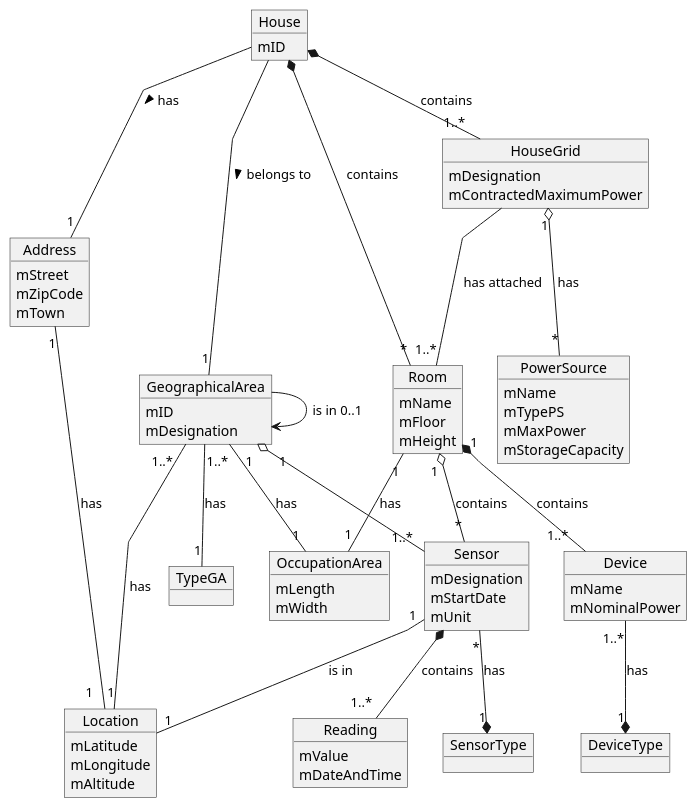
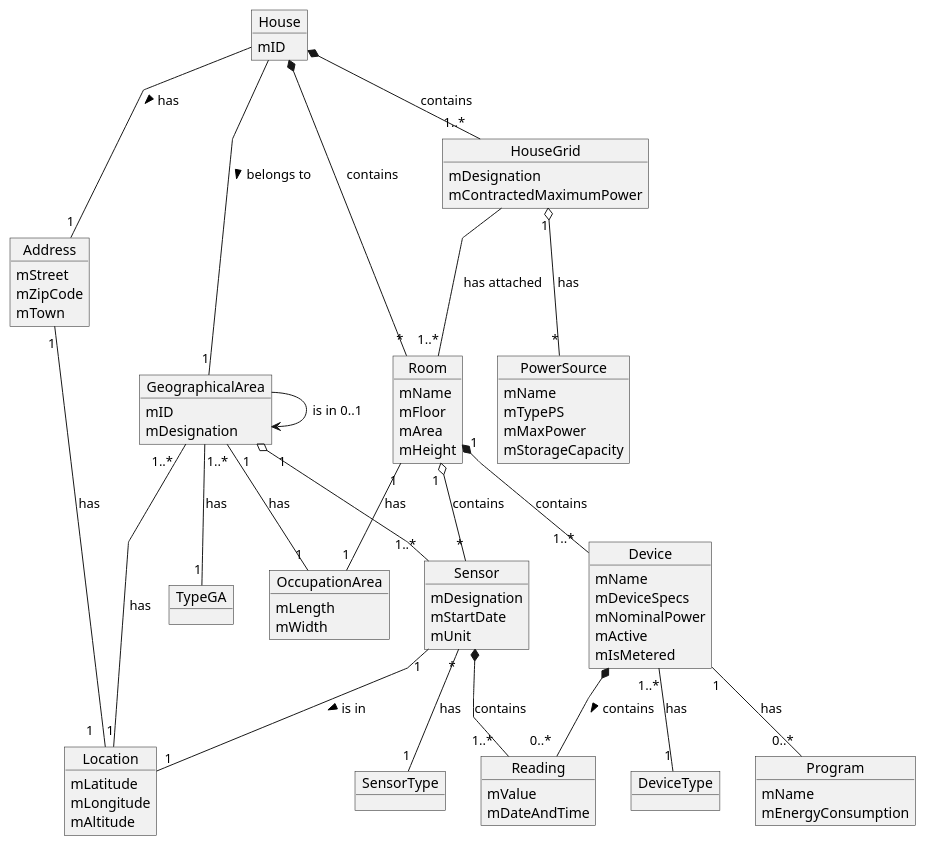
One commit to emanuel-pereira/hou changed the diagram in src/main/java/smarthome/uml/DomainModel.puml. Above: the diagram before and after it, drawn with PlantUML.

Commit message:
Correction of Domain Model

```diff
--- a/src/main/java/smarthome/uml/DomainModel.puml
+++ b/src/main/java/smarthome/uml/DomainModel.puml
@@ -1,103 +1,115 @@
 @startuml
 skinparam linetype polyline
 
 object House{
 mID
 }
 
 object Address {
 mStreet
 mZipCode
 mTown
 }
 
 object GeographicalArea{
 mID
 mDesignation
 }
 
 object Location{
 mLatitude
 mLongitude
 mAltitude
 }
 
 object TypeGA
 
 
 object OccupationArea{
 mLength
 mWidth
 }
 
 
 object Room{
 mName
 mFloor
+mArea
 mHeight
 }
 
 
 object Sensor{
 mDesignation
 mStartDate
 mUnit
 }
 
 object SensorType
 
 object HouseGrid {
 mDesignation
 mContractedMaximumPower
 }
 
 object Reading{
 mValue
 mDateAndTime
 }
 
 object Device {
 mName
+mDeviceSpecs
 mNominalPower
+mActive
+mIsMetered
 }
 
 object DeviceType
 
 object PowerSource{
 mName
 mTypePS
 mMaxPower
 mStorageCapacity
 }
 
+object Program{
+mName
+mEnergyConsumption
+}
 
 House -- "1" GeographicalArea: > belongs to
 House -- "1" Address: has >
 House *-- "1..*" HouseGrid: contains
-HouseGrid -- "1..*" Room: has attached
-House *-- "*" Room: contains
+HouseGrid --  "1..*" Room: has attached
+House *--"*" Room: contains
 
 Address "1" -- "1   " Location: has
 
 GeographicalArea ->  GeographicalArea: is in 0..1
 GeographicalArea "1..*"-- "1" TypeGA: has
 GeographicalArea"   1" o-- "1..* " Sensor
 GeographicalArea "   1"-- "    1" OccupationArea: has
 GeographicalArea "1..*  "-- "1" Location: has
 
 Room "1 " o-- "*" Sensor: contains
 Room "1"*-- "1..*  "Device: contains
 Room "1"-- "1" OccupationArea: has
 
 
 Sensor *-- "1..*  "Reading: contains
-Sensor "*" --* "1" SensorType: has
-Sensor "1" -- "1" Location: is in
+Sensor "*" -- "1" SensorType: has
+Sensor "1" -- "1" Location: > is in
 
 HouseGrid "1" o--  "*" PowerSource: has
 
-Device "1..*" --* "1" DeviceType: has
+Device "1..*" -- "1" DeviceType: has
+Device *-- "0..*  "Reading: > contains
+Device "1" -- "0..*" Program: has
+
+
 
 
 
 @enduml
```
